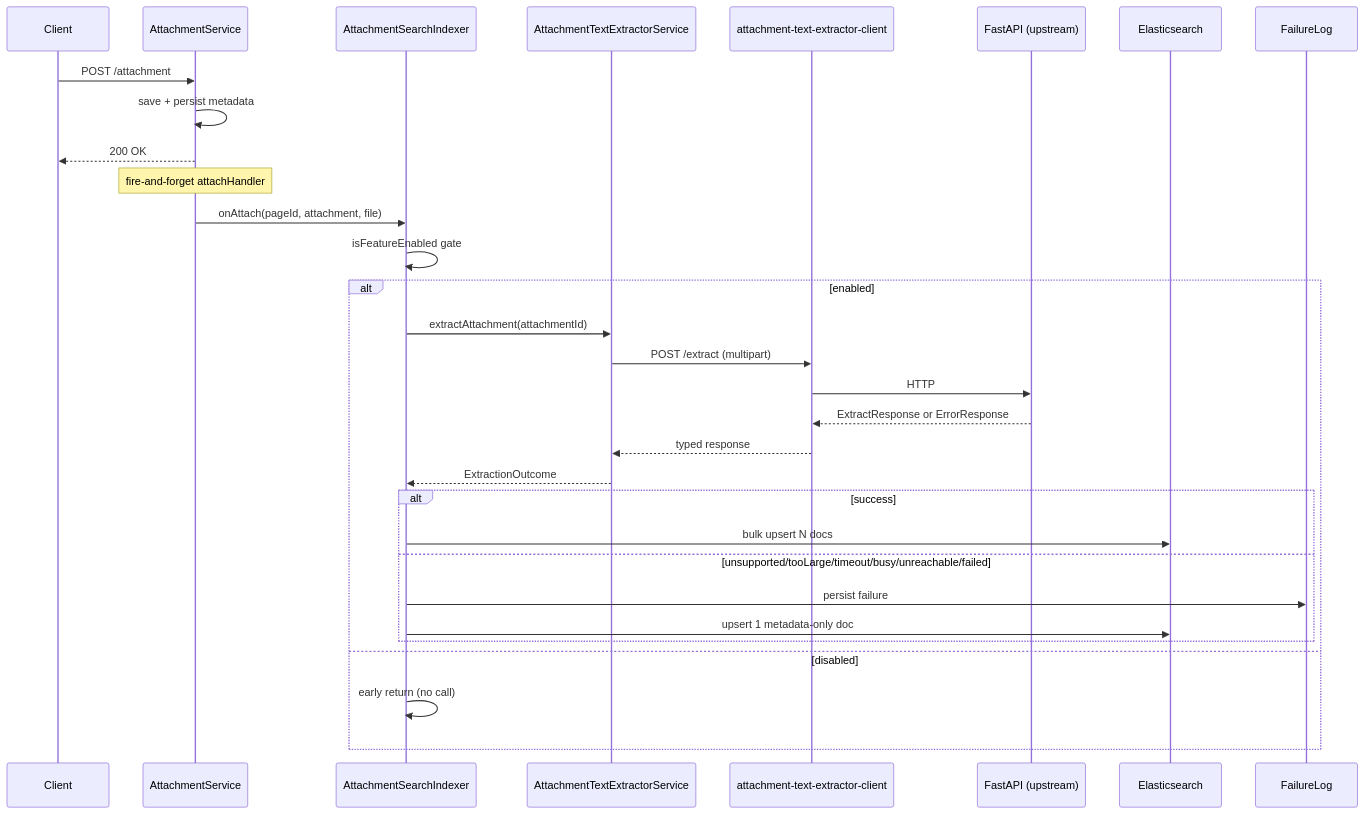
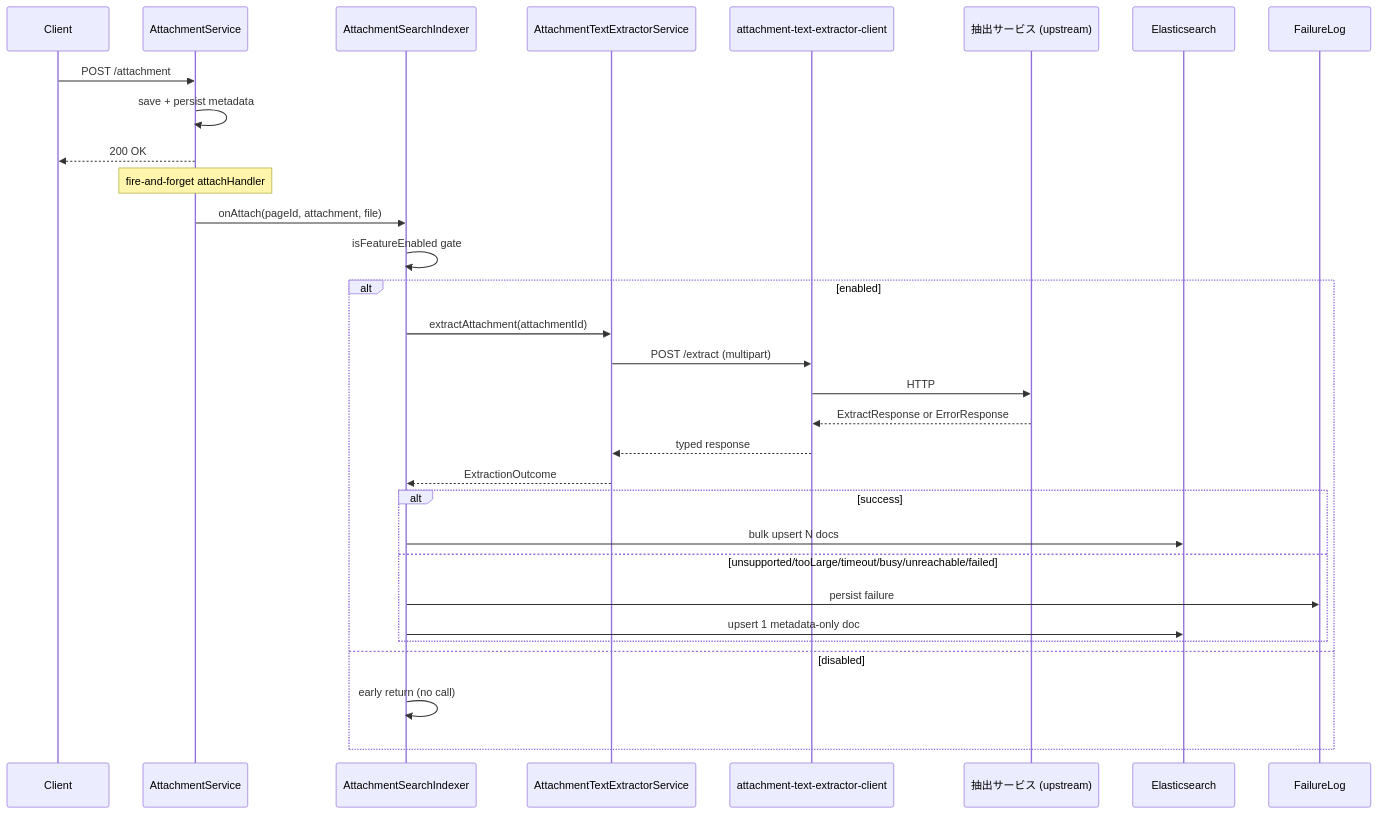
The second of 6 diagrams in .kiro/specs/attachment-search-indexing/design.md (growilabs/growi), drawn with Mermaid before and after one commit. The commit also changed other lines of this file and 5 other files, not shown here.

````diff
--- a/.kiro/specs/attachment-search-indexing/design.md
+++ b/.kiro/specs/attachment-search-indexing/design.md
@@ -264,34 +264,34 @@
 ```mermaid
 sequenceDiagram
     participant Client
     participant Att as AttachmentService
     participant Idx as AttachmentSearchIndexer
     participant Ext as AttachmentTextExtractorService
     participant Mk as attachment-text-extractor-client
-    participant Upstream as FastAPI (upstream)
+    participant Upstream as 抽出サービス (upstream)
     participant ES as Elasticsearch
     participant Log as FailureLog
 
     Client->>Att: POST /attachment
     Att->>Att: save + persist metadata
     Att-->>Client: 200 OK
     Note over Att: fire-and-forget attachHandler
     Att->>Idx: onAttach(pageId, attachment, file)
     Idx->>Idx: isFeatureEnabled gate
     alt enabled
         Idx->>Ext: extractAttachment(attachmentId)
         Ext->>Mk: POST /extract (multipart)
         Mk->>Upstream: HTTP
         Upstream-->>Mk: ExtractResponse or ErrorResponse
         Mk-->>Ext: typed response
         Ext-->>Idx: ExtractionOutcome
         alt success
             Idx->>ES: bulk upsert N docs
         else unsupported/tooLarge/timeout/busy/unreachable/failed
             Idx->>Log: persist failure
             Idx->>ES: upsert 1 metadata-only doc
         end
     else disabled
         Idx->>Idx: early return (no call)
     end
 ```
````
